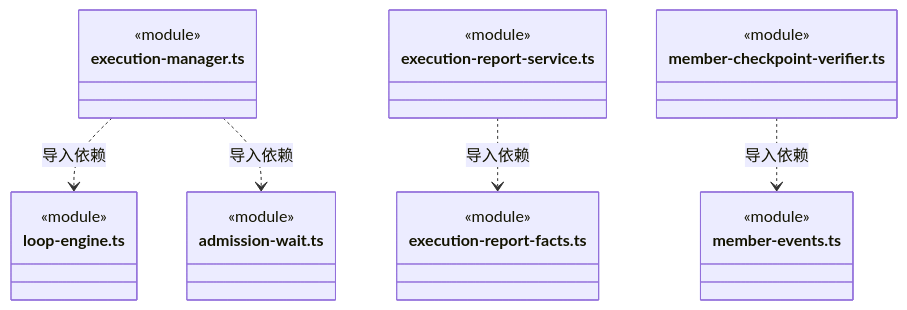
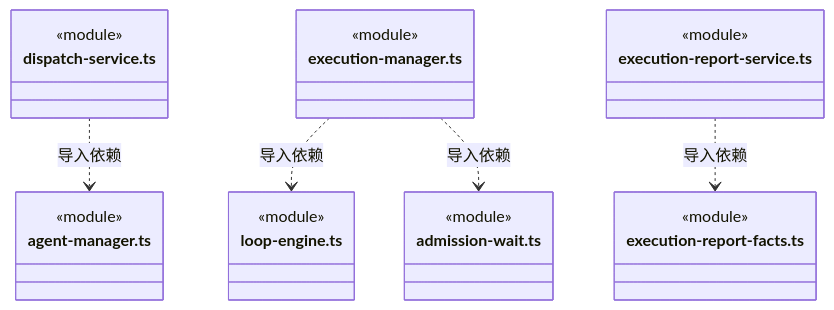
Diagram 48 of 59 in src/backend/scheduler-engine/execution/ARCHITECTURE.md (nan023062/cbim), drawn with Mermaid before and after one commit. The commit also changed other lines of this file and 52 other files, not shown here.

````diff
--- a/src/backend/scheduler-engine/execution/ARCHITECTURE.md
+++ b/src/backend/scheduler-engine/execution/ARCHITECTURE.md
@@ -1225,28 +1287,28 @@
 ```mermaid
 classDiagram
+class N_src_backend_scheduler_engine_execution_dispatch_service_ts["dispatch-service.ts"] {
+  <<module>>
+}
+class N_src_backend_scheduler_engine_execution_agent_manager_ts["agent-manager.ts"] {
+  <<module>>
+}
 class N_src_backend_scheduler_engine_execution_execution_manager_ts["execution-manager.ts"] {
   <<module>>
 }
 class N_src_backend_scheduler_engine_execution_loop_engine_ts["loop-engine.ts"] {
   <<module>>
 }
 class N_src_backend_scheduler_engine_execution_admission_wait_ts["admission-wait.ts"] {
   <<module>>
 }
 class N_src_backend_scheduler_engine_execution_execution_report_service_ts["execution-report-service.ts"] {
   <<module>>
 }
 class N_src_backend_scheduler_engine_execution_execution_report_facts_ts["execution-report-facts.ts"] {
   <<module>>
 }
-class N_src_backend_scheduler_engine_execution_member_checkpoint_verifier_ts["member-checkpoint-verifier.ts"] {
-  <<module>>
-}
-class N_src_backend_scheduler_engine_execution_member_events_ts["member-events.ts"] {
-  <<module>>
-}
+N_src_backend_scheduler_engine_execution_dispatch_service_ts ..> N_src_backend_scheduler_engine_execution_agent_manager_ts : 导入依赖
 N_src_backend_scheduler_engine_execution_execution_manager_ts ..> N_src_backend_scheduler_engine_execution_loop_engine_ts : 导入依赖
 N_src_backend_scheduler_engine_execution_execution_manager_ts ..> N_src_backend_scheduler_engine_execution_admission_wait_ts : 导入依赖
 N_src_backend_scheduler_engine_execution_execution_report_service_ts ..> N_src_backend_scheduler_engine_execution_execution_report_facts_ts : 导入依赖
-N_src_backend_scheduler_engine_execution_member_checkpoint_verifier_ts ..> N_src_backend_scheduler_engine_execution_member_events_ts : 导入依赖
 ```
````
